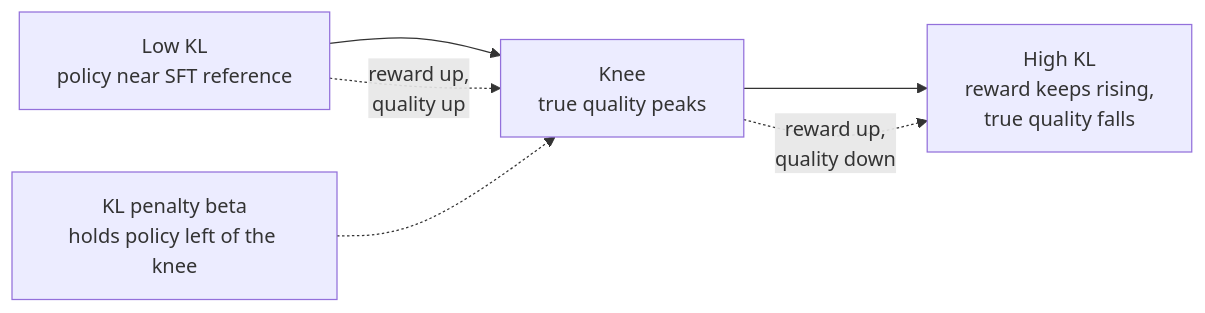
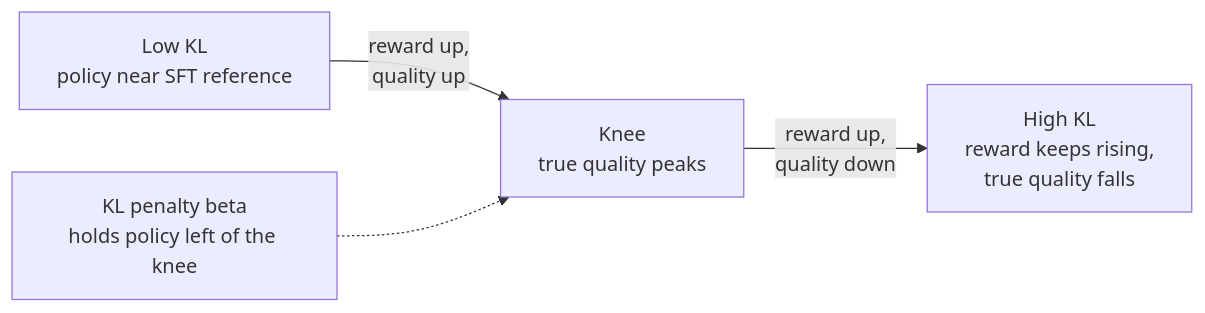
The second of 2 diagrams in en/p2-adaptation/10-rlhf-reward-modeling.qmd (latere-ai/ai-as-an-infrastructure), drawn with Mermaid before and after one commit. The commit also changed 186 other files, not shown here.

First line of the commit message:
book: visual audit pass on all diagrams and figures

````diff
--- a/en/p2-adaptation/10-rlhf-reward-modeling.qmd
+++ b/en/p2-adaptation/10-rlhf-reward-modeling.qmd
@@ -201,10 +201,8 @@
 ```{mermaid}
 %%| label: fig-rlhf-overoptimization
 %%| fig-cap: "Over-optimization of a learned reward. Proxy reward rises monotonically with drift, but true quality peaks at a knee and then falls as the policy exploits the reward model's blind spots. After Gao et al. (2022)."
 flowchart LR
-  start["Low KL<br>policy near SFT reference"] --> knee["Knee<br>true quality peaks"]
-  knee --> over["High KL<br>reward keeps rising,<br>true quality falls"]
-  start -.->|"reward up,<br>quality up"| knee
-  knee -.->|"reward up,<br>quality down"| over
+  start["Low KL<br>policy near SFT reference"] -->|"reward up,<br>quality up"| knee["Knee<br>true quality peaks"]
+  knee -->|"reward up,<br>quality down"| over["High KL<br>reward keeps rising,<br>true quality falls"]
   leash["KL penalty beta<br>holds policy left of the knee"] -.-> knee
 ```
````
